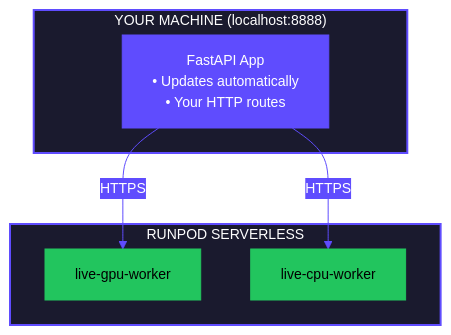
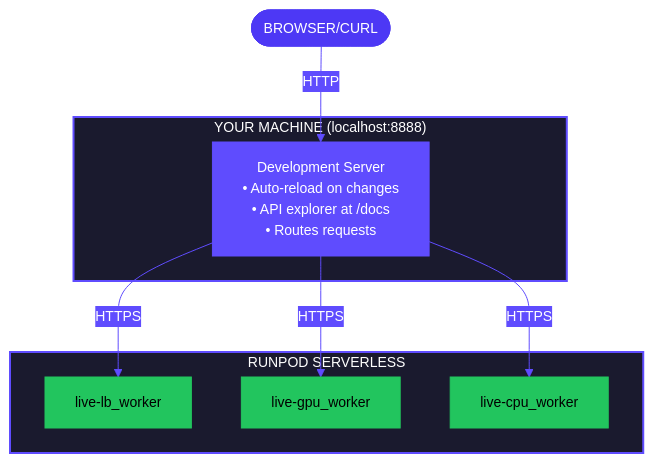
One commit to runpod/docs changed the diagram in flash/apps/local-testing.mdx. Above: the diagram before and after it, drawn with Mermaid. The commit also changed other lines of this file and 28 other files, not shown here.

Commit message:
Update flash init/run/deploy architecture, add resource configuration section, add flash load balancing tutorial

````diff
--- a/flash/apps/local-testing.mdx
+++ b/flash/apps/local-testing.mdx
@@ -77,22 +77,29 @@
 ```mermaid
 %%{init: {'theme':'base', 'themeVariables': { 'primaryColor':'#9289FE','primaryTextColor':'#fff','primaryBorderColor':'#9289FE','lineColor':'#5F4CFE','secondaryColor':'#AE6DFF','tertiaryColor':'#FCB1FF','edgeLabelBackground':'#5F4CFE', 'fontSize':'14px','fontFamily':'font-inter'}}}%%
 
 flowchart TB
+    Browser(["BROWSER/CURL"])
+
     subgraph Local ["YOUR MACHINE (localhost:8888)"]
-        FastAPI["FastAPI App<br/>• Updates automatically<br/>• Your HTTP routes"]
+        DevServer["Development Server<br/>• Auto-reload on changes<br/>• API explorer at /docs<br/>• Routes requests"]
     end
 
     subgraph Runpod ["RUNPOD SERVERLESS"]
-        GPU["live-gpu-worker"]
-        CPU["live-cpu-worker"]
+        LB["live-lb_worker"]
+        GPU["live-gpu_worker"]
+        CPU["live-cpu_worker"]
     end
 
-    FastAPI -->|"HTTPS"| GPU
-    FastAPI -->|"HTTPS"| CPU
+    Browser -->|"HTTP"| DevServer
+    DevServer -->|"HTTPS"| LB
+    DevServer -->|"HTTPS"| GPU
+    DevServer -->|"HTTPS"| CPU
 
     style Local fill:#1a1a2e,stroke:#5F4CFE,stroke-width:2px,color:#fff
     style Runpod fill:#1a1a2e,stroke:#5F4CFE,stroke-width:2px,color:#fff
-    style FastAPI fill:#5F4CFE,stroke:#5F4CFE,color:#fff
+    style Browser fill:#4D38F5,stroke:#4D38F5,color:#fff
+    style DevServer fill:#5F4CFE,stroke:#5F4CFE,color:#fff
+    style LB fill:#22C55E,stroke:#22C55E,color:#000
     style GPU fill:#22C55E,stroke:#22C55E,color:#000
     style CPU fill:#22C55E,stroke:#22C55E,color:#000
 ```
````
